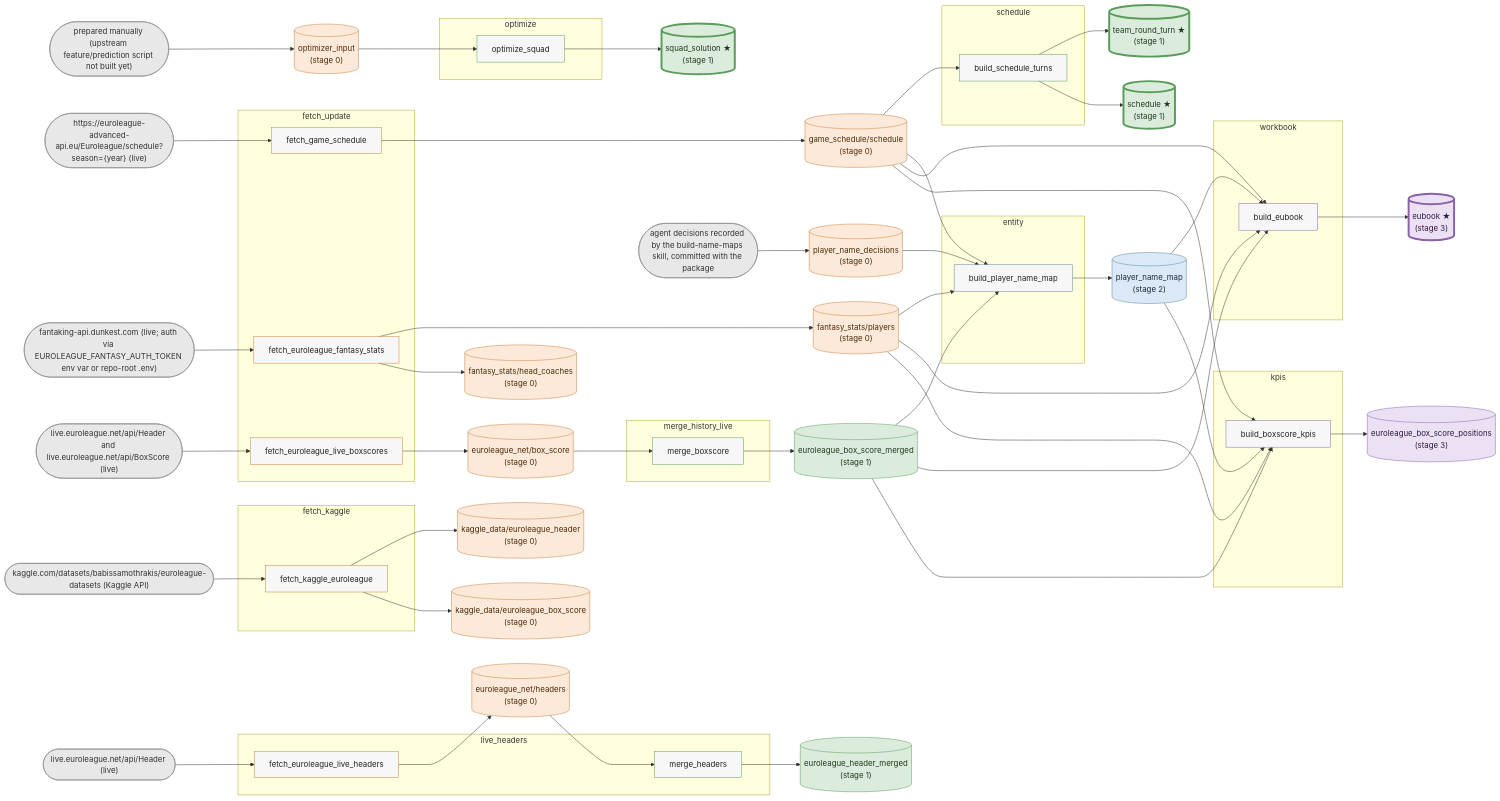
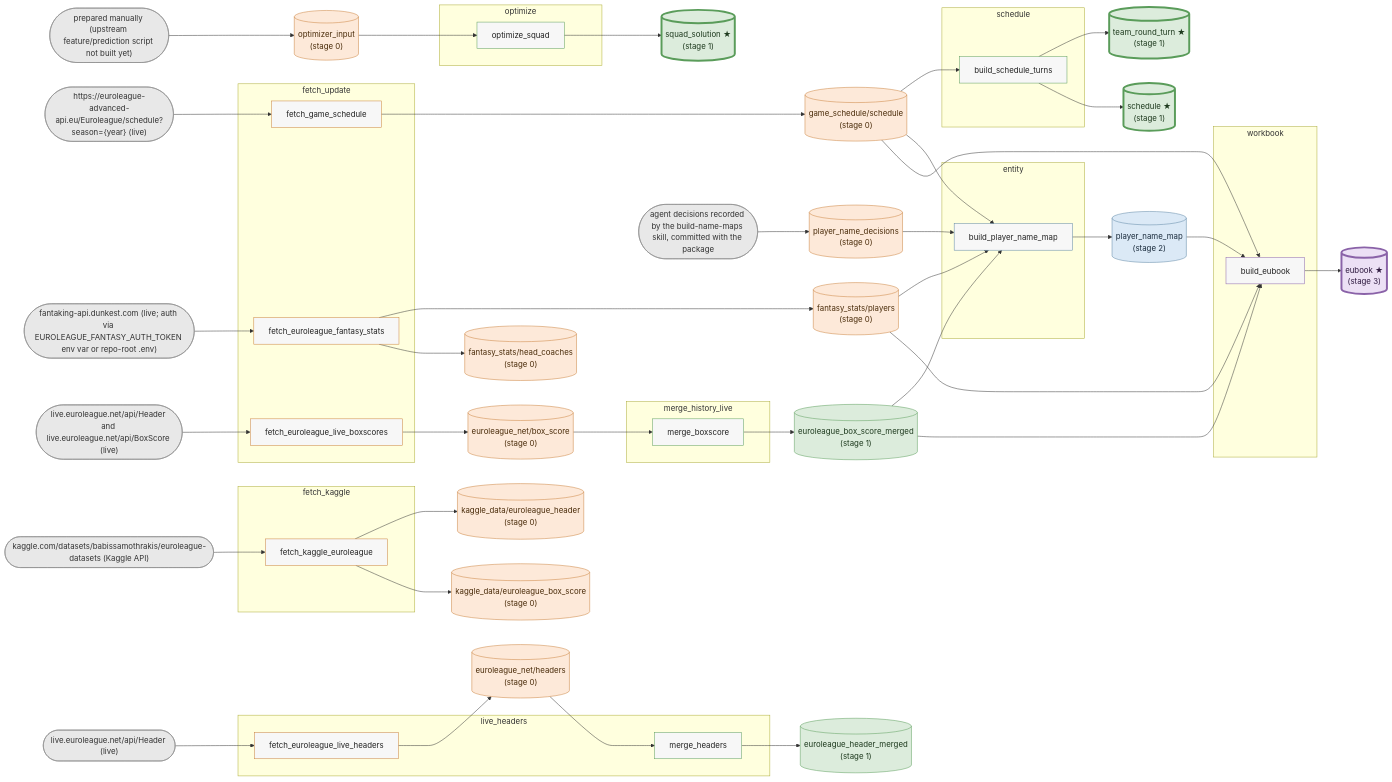
Before and after one commit to Takfes/indie-euroleague: the diagram in docs/data-graph.md, drawn with Mermaid. The commit also changed 7 other files, not shown here.

First line of the commit message:
chore: retire build_boxscore_kpis

````diff
--- a/docs/data-graph.md
+++ b/docs/data-graph.md
@@ -26,9 +26,6 @@
         s_fetch_euroleague_fantasy_stats["fetch_euroleague_fantasy_stats"]
         s_fetch_euroleague_live_boxscores["fetch_euroleague_live_boxscores"]
         s_fetch_game_schedule["fetch_game_schedule"]
-    end
-    subgraph p_kpis["kpis"]
-        s_build_boxscore_kpis["build_boxscore_kpis"]
     end
     subgraph p_live_headers["live_headers"]
         s_fetch_euroleague_live_headers["fetch_euroleague_live_headers"]
@@ -64,26 +61,20 @@
     d_team_round_turn[("team_round_turn ★<br/>(stage 1)")]
     d_player_name_map[("player_name_map<br/>(stage 2)")]
     d_eubook[("eubook ★<br/>(stage 3)")]
-    d_euroleague_box_score_positions[("euroleague_box_score_positions<br/>(stage 3)")]
 
     %% edges
-    d_euroleague_box_score_merged --> s_build_boxscore_kpis
     d_euroleague_box_score_merged --> s_build_eubook
     d_euroleague_box_score_merged --> s_build_player_name_map
     d_euroleague_net_box_score --> s_merge_boxscore
     d_euroleague_net_headers --> s_merge_headers
-    d_fantasy_stats_players --> s_build_boxscore_kpis
     d_fantasy_stats_players --> s_build_eubook
     d_fantasy_stats_players --> s_build_player_name_map
-    d_game_schedule_schedule --> s_build_boxscore_kpis
     d_game_schedule_schedule --> s_build_eubook
     d_game_schedule_schedule --> s_build_player_name_map
     d_game_schedule_schedule --> s_build_schedule_turns
     d_optimizer_input --> s_optimize_squad
     d_player_name_decisions --> s_build_player_name_map
-    d_player_name_map --> s_build_boxscore_kpis
     d_player_name_map --> s_build_eubook
-    s_build_boxscore_kpis --> d_euroleague_box_score_positions
     s_build_eubook --> d_eubook
     s_build_player_name_map --> d_player_name_map
     s_build_schedule_turns --> d_schedule
@@ -116,17 +107,15 @@
     classDef stage1 fill:#dcecdc,stroke:#5a9c5a,color:#1e3a1e
     classDef stage1_final fill:#dcecdc,stroke:#5a9c5a,color:#1e3a1e,stroke-width:4px
     classDef stage2 fill:#dbe9f6,stroke:#5b84a3,color:#1a2b3c
-    classDef stage3 fill:#ece0f5,stroke:#8a62a8,color:#2f1a40
     classDef stage3_final fill:#ece0f5,stroke:#8a62a8,color:#2f1a40,stroke-width:4px
     class s_fetch_euroleague_fantasy_stats,s_fetch_euroleague_live_boxscores,s_fetch_euroleague_live_headers,s_fetch_game_schedule,s_fetch_kaggle_euroleague script_stage0
     class s_build_schedule_turns,s_merge_boxscore,s_merge_headers,s_optimize_squad script_stage1
     class s_build_player_name_map script_stage2
-    class s_build_boxscore_kpis,s_build_eubook script_stage3
+    class s_build_eubook script_stage3
     class x_agent_decisions_recorded_by_the_build_name_maps_skill__committed_with_the_package,x_fantaking_api_dunkest_com__live__auth_via_EUROLEAGUE_FANTASY_AUTH_TOKEN_env_var_or_repo_root__env_,x_https___euroleague_advanced_api_eu_Euroleague_schedule_season__year___live_,x_kaggle_com_datasets_babissamothrakis_euroleague_datasets__Kaggle_API_,x_live_euroleague_net_api_Header__live_,x_live_euroleague_net_api_Header_and_live_euroleague_net_api_BoxScore__live_,x_prepared_manually__upstream_feature_prediction_script_not_built_yet_ source
     class d_euroleague_net_box_score,d_euroleague_net_headers,d_fantasy_stats_head_coaches,d_fantasy_stats_players,d_game_schedule_schedule,d_kaggle_data_euroleague_box_score,d_kaggle_data_euroleague_header,d_optimizer_input,d_player_name_decisions stage0
     class d_euroleague_box_score_merged,d_euroleague_header_merged stage1
     class d_schedule,d_squad_solution,d_team_round_turn stage1_final
     class d_player_name_map stage2
-    class d_euroleague_box_score_positions stage3
     class d_eubook stage3_final
 ```
````
